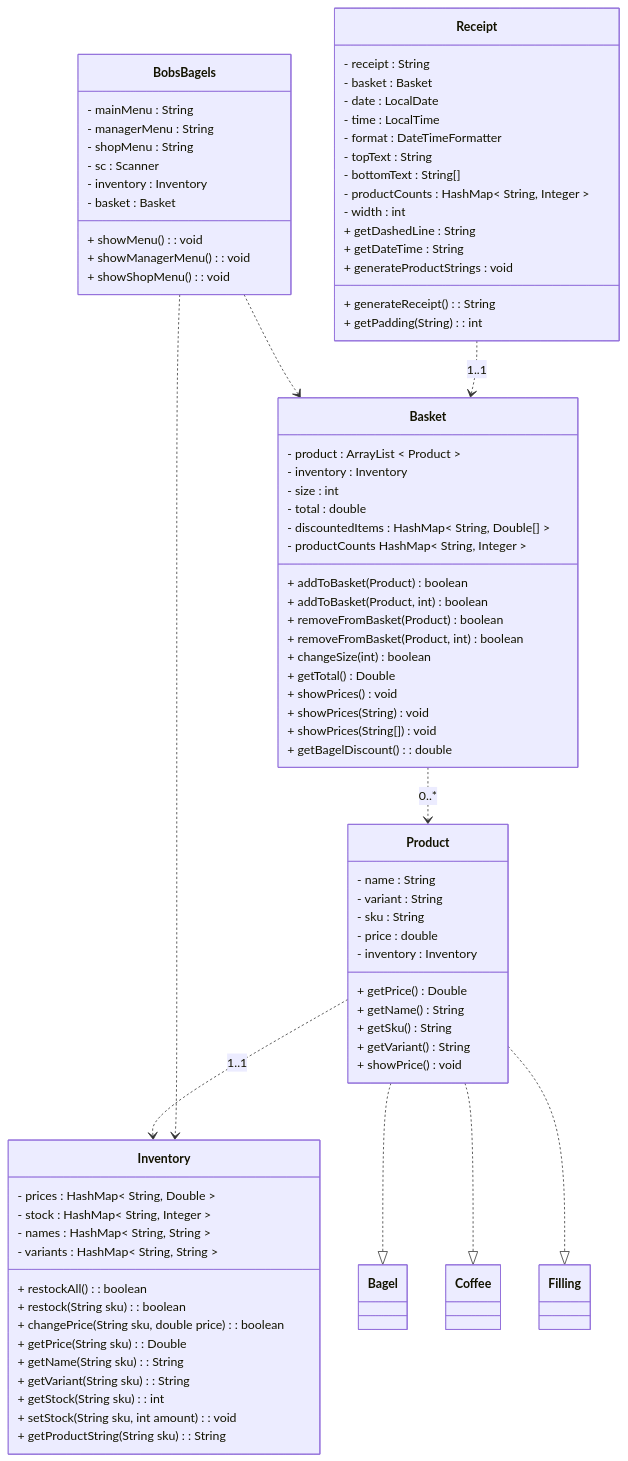
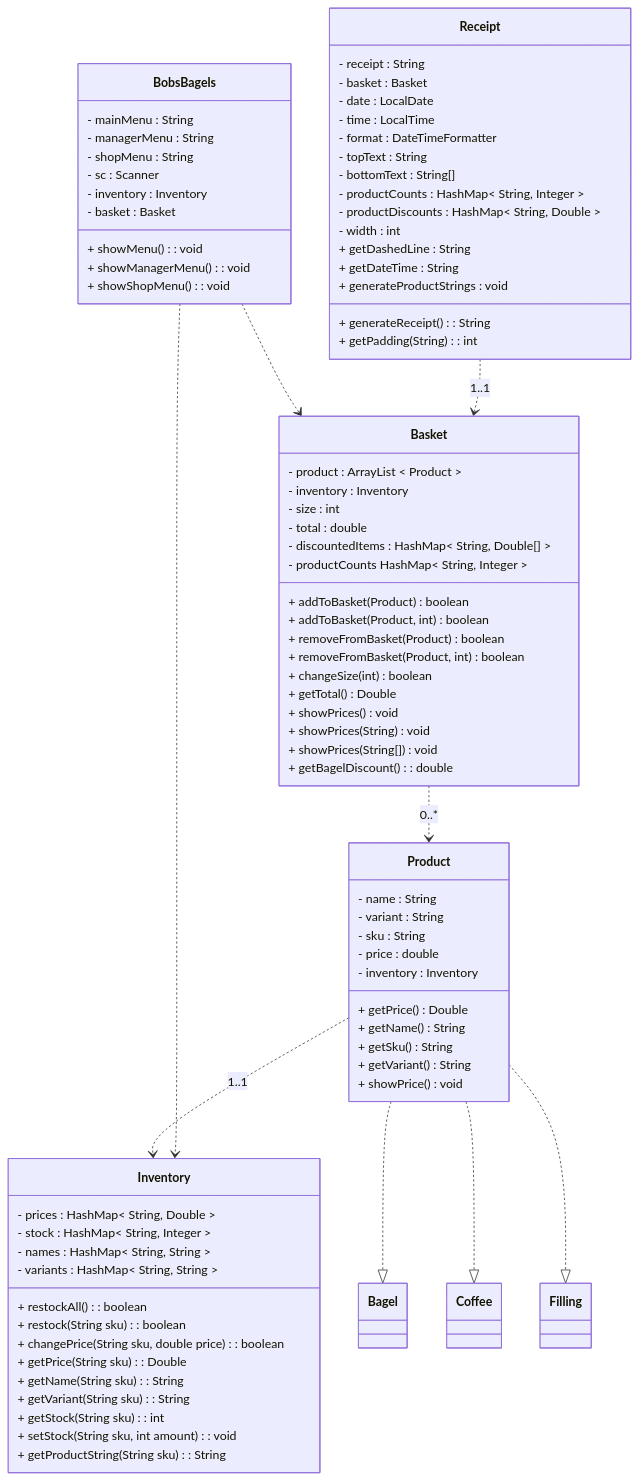
One commit to nora-hansen/java-tdd-oop-bobs-bagels changed the diagram in class-diagram.md. Above: the diagram before and after it, drawn with Mermaid. The commit also changed 2 other files, not shown here.

Commit message:
Updated class diagram and domain model for extension 3

```diff
--- a/class-diagram.md
+++ b/class-diagram.md
@@ -74,6 +74,7 @@
         - topText : String
         - bottomText : String[]
         - productCounts : HashMap< String, Integer >
+        - productDiscounts : HashMap< String, Double >
         - width : int
         + generateReceipt() : String
         + getPadding(String) : int
```
